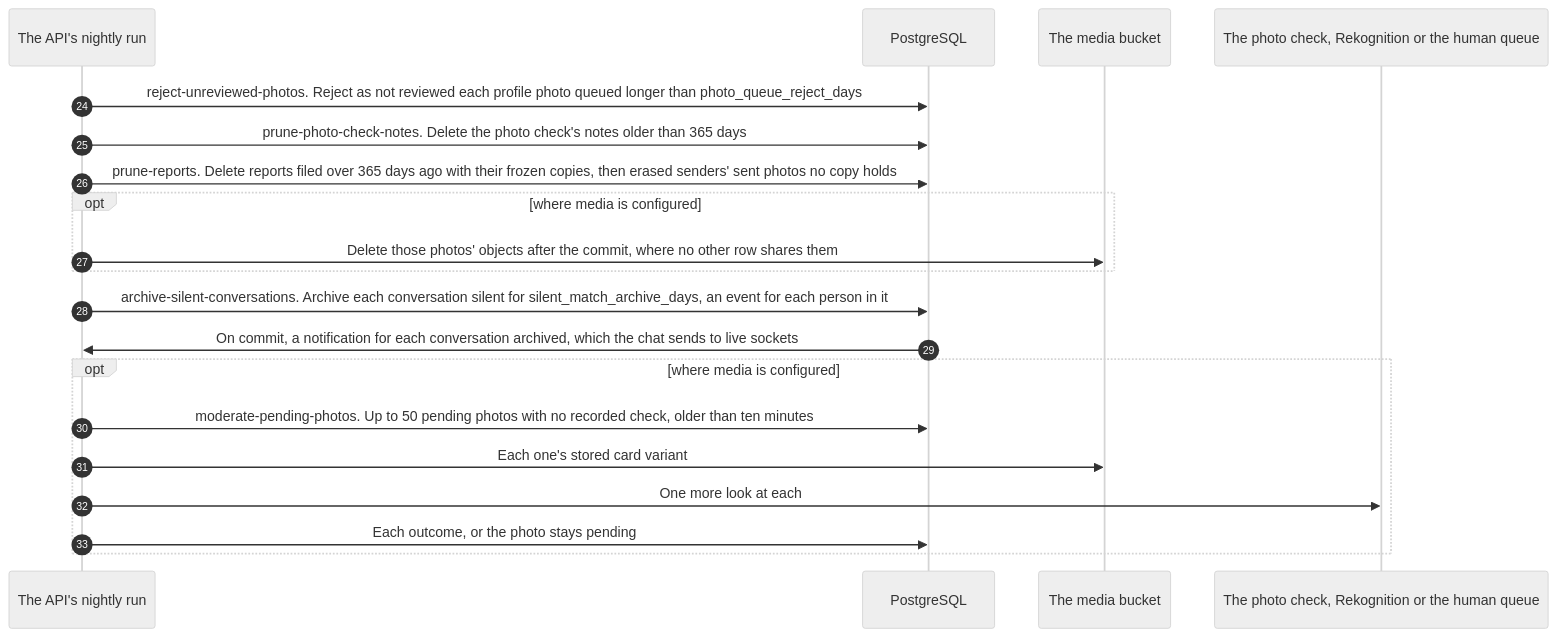
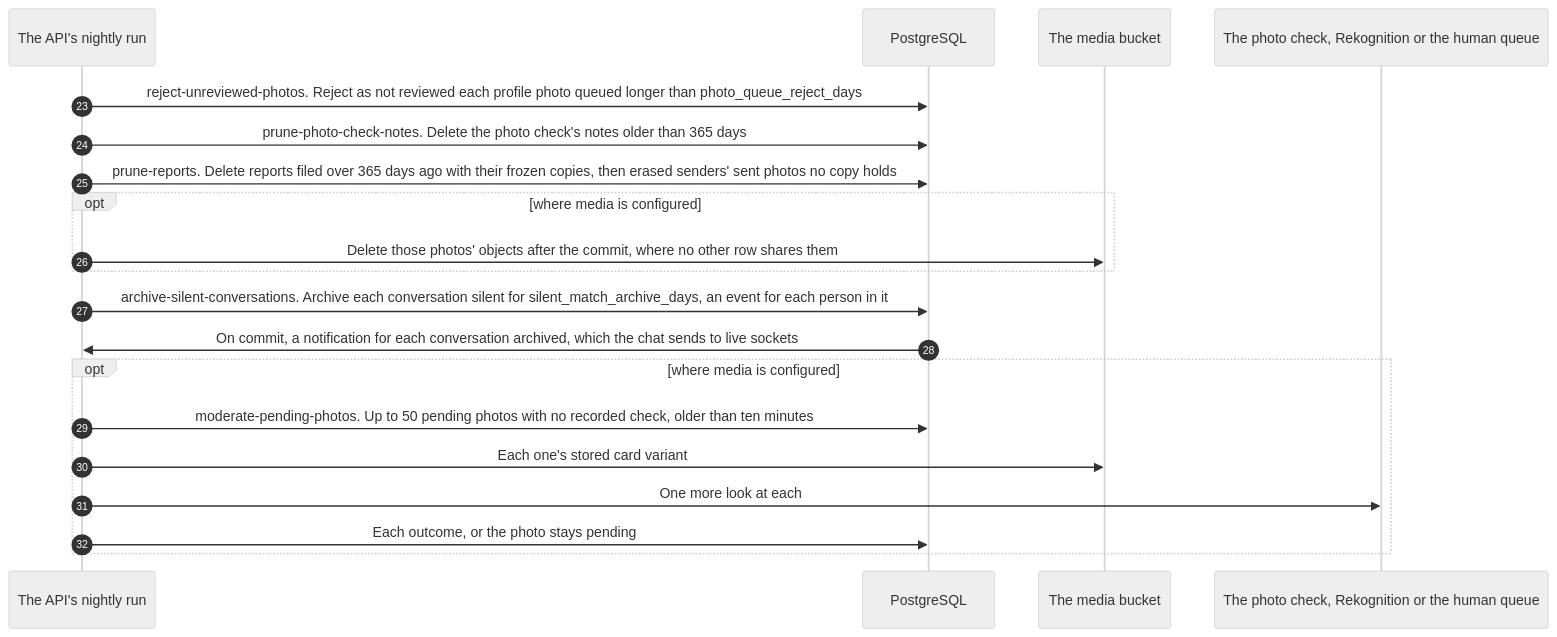
The fourth of 4 diagrams in docs/architecture/sequence-night.md (kuutti-ry/kuutti-app), drawn with Mermaid (neutral theme) before and after one commit. The commit also changed other lines of this file and 179 other files, not shown here.

````diff
--- a/docs/architecture/sequence-night.md
+++ b/docs/architecture/sequence-night.md
@@ -139,24 +136,24 @@
 ```mermaid
 sequenceDiagram
   accTitle: The night's jobs, part 4: photos, reports and silent conversations
   accDescr: Profile photos nobody decided in time are rejected as not reviewed. The photo check's notes and the reports past twelve months are deleted, and with the reports the sent photos of erased people that no copy holds any more, objects included. Silent conversations are archived, and the chat tells the open sockets. Where media is configured, photos the automatic check missed get one more look.
-  autonumber 24
+  autonumber 23
   participant api as The API's nightly run
   participant db as PostgreSQL
   participant bucket as The media bucket
   participant check as The photo check, Rekognition or the human queue
   api->>db: reject-unreviewed-photos. Reject as not reviewed each profile photo queued longer than photo_queue_reject_days
   api->>db: prune-photo-check-notes. Delete the photo check's notes older than 365 days
   api->>db: prune-reports. Delete reports filed over 365 days ago with their frozen copies, then erased senders' sent photos no copy holds
   opt where media is configured
     api->>bucket: Delete those photos' objects after the commit, where no other row shares them
   end
   api->>db: archive-silent-conversations. Archive each conversation silent for silent_match_archive_days, an event for each person in it
   db->>api: On commit, a notification for each conversation archived, which the chat sends to live sockets
   opt where media is configured
     api->>db: moderate-pending-photos. Up to 50 pending photos with no recorded check, older than ten minutes
     api->>bucket: Each one's stored card variant
     api->>check: One more look at each
     api->>db: Each outcome, or the photo stays pending
   end
 ```
````
